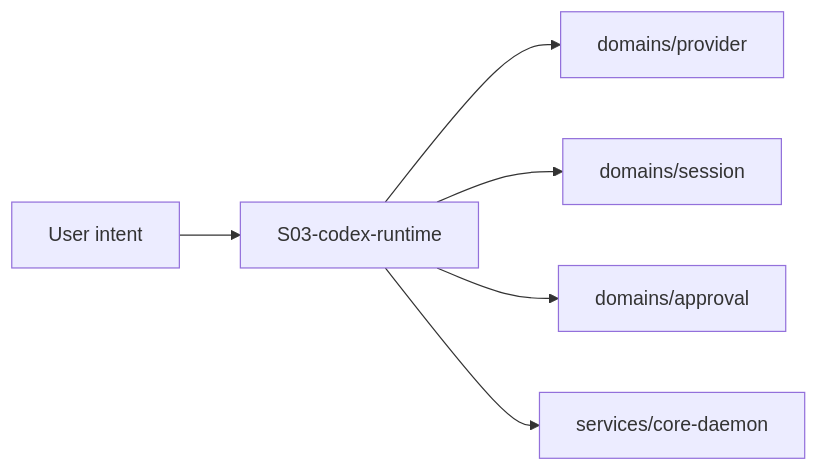
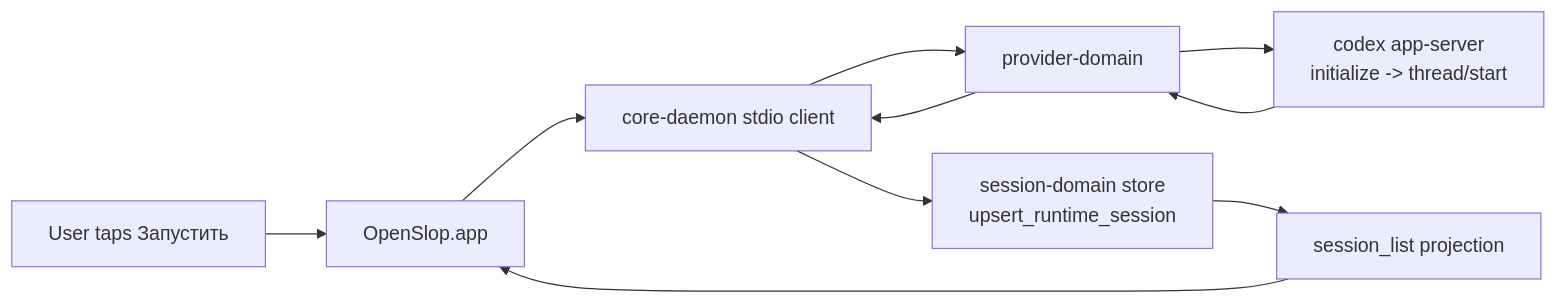
Before and after one commit to AmirTlinov/OpenSlop: the diagram in plans/slices/S03-codex-runtime/diagrams/flow.mmd, drawn with Mermaid. The commit also changed 32 other files, not shown here.

```diff
--- a/plans/slices/S03-codex-runtime/diagrams/flow.mmd
+++ b/plans/slices/S03-codex-runtime/diagrams/flow.mmd
@@ -1,6 +1,10 @@
 flowchart LR
-    User["User intent"] --> Slice["S03-codex-runtime"]
-    Slice --> N1["domains/provider"]
-    Slice --> N2["domains/session"]
-    Slice --> N3["domains/approval"]
-    Slice --> N4["services/core-daemon"]
+    User["User taps Запустить"] --> App["OpenSlop.app"]
+    App --> Daemon["core-daemon stdio client"]
+    Daemon --> Provider["provider-domain"]
+    Provider --> Codex["codex app-server\ninitialize -> thread/start"]
+    Codex --> Provider
+    Provider --> Daemon
+    Daemon --> Store["session-domain store\nupsert_runtime_session"]
+    Store --> Projection["session_list projection"]
+    Projection --> App
```
